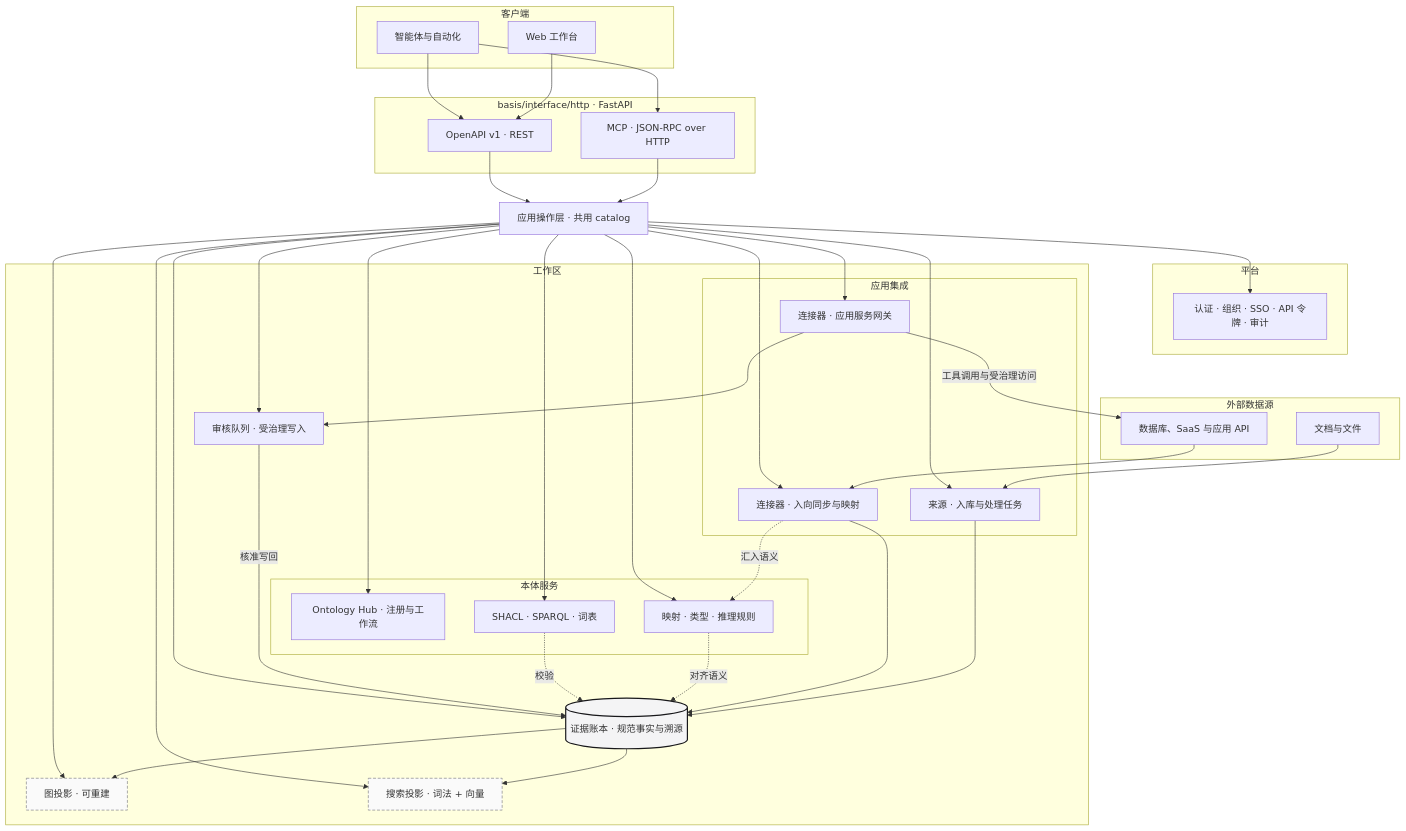
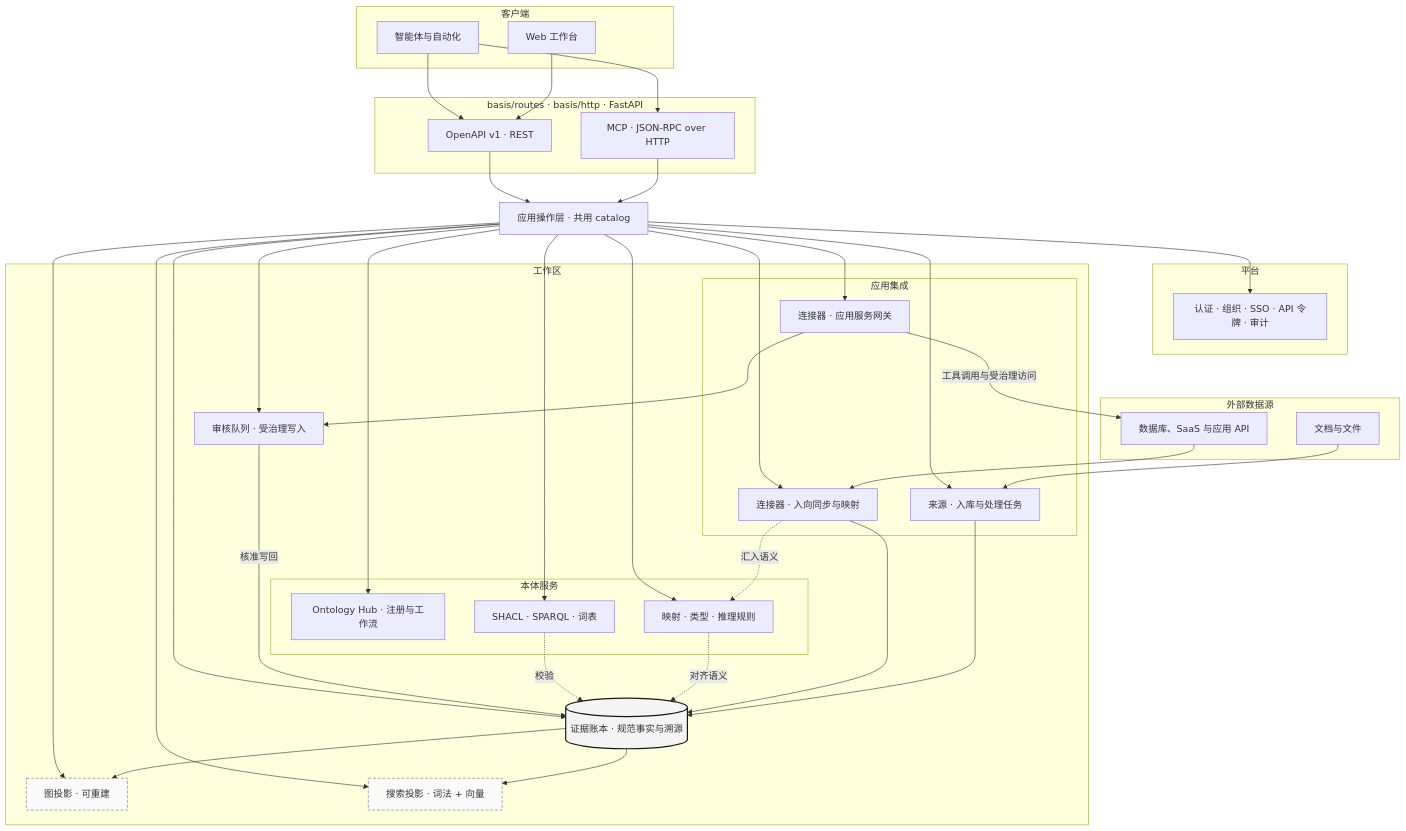
The diagram in README.zh-CN.md (coldbuffer/basis), drawn with Mermaid before and after one commit. The commit also changed other lines of this file and 2 other files, not shown here.

````diff
--- a/README.zh-CN.md
+++ b/README.zh-CN.md
@@ -60,78 +60,78 @@
 ```mermaid
 flowchart TB
   subgraph external["外部数据源"]
     docs["文档与文件"]
     systems["数据库、SaaS 与应用 API"]
   end
 
   subgraph clients["客户端"]
     studio["Web 工作台"]
     agents["智能体与自动化"]
   end
 
-  subgraph apiLayer["basis/interface/http · FastAPI"]
+  subgraph apiLayer["basis/routes · basis/http · FastAPI"]
     rest["OpenAPI v1 · REST"]
     mcp["MCP · JSON-RPC over HTTP"]
   end
 
   ops["应用操作层 · 共用 catalog"]
 
   subgraph platform["平台"]
     plat["认证 · 组织 · SSO · API 令牌 · 审计"]
   end
 
   subgraph workspace["工作区"]
     subgraph integration["应用集成"]
       sources["来源 · 入库与处理任务"]
       connSync["连接器 · 入向同步与映射"]
       connGw["连接器 · 应用服务网关"]
     end
 
     subgraph ontologySvc["本体服务"]
       hub["Ontology Hub · 注册与工作流"]
       govern["SHACL · SPARQL · 词表"]
       maps["映射 · 类型 · 推理规则"]
     end
 
     ledger[("证据账本 · 规范事实与溯源")]
     review["审核队列 · 受治理写入"]
     graphProj["图投影 · 可重建"]
     searchProj["搜索投影 · 词法 + 向量"]
   end
 
   docs --> sources
   systems --> connSync
   sources --> ledger
   connSync --> ledger
   connSync -.->|"汇入语义"| maps
   maps -.->|"对齐语义"| ledger
   govern -.->|"校验"| ledger
   ledger --> graphProj
   ledger --> searchProj
 
   agents --> mcp
   mcp --> ops
   ops --> connGw
   connGw -->|"工具调用与受治理访问"| systems
   connGw --> review
   review -->|"核准写回"| ledger
 
   studio --> rest
   agents --> rest
   rest --> ops
   ops --> plat
   ops --> sources
   ops --> connSync
   ops --> hub
   ops --> govern
   ops --> maps
   ops --> ledger
   ops --> graphProj
   ops --> searchProj
   ops --> review
 
   classDef canonical fill:#f4f4f5,stroke:#18181b,stroke-width:2px
   classDef projection fill:#fafafa,stroke:#71717a,stroke-dasharray: 5 3
   class ledger canonical
   class graphProj,searchProj projection
 ```
````
